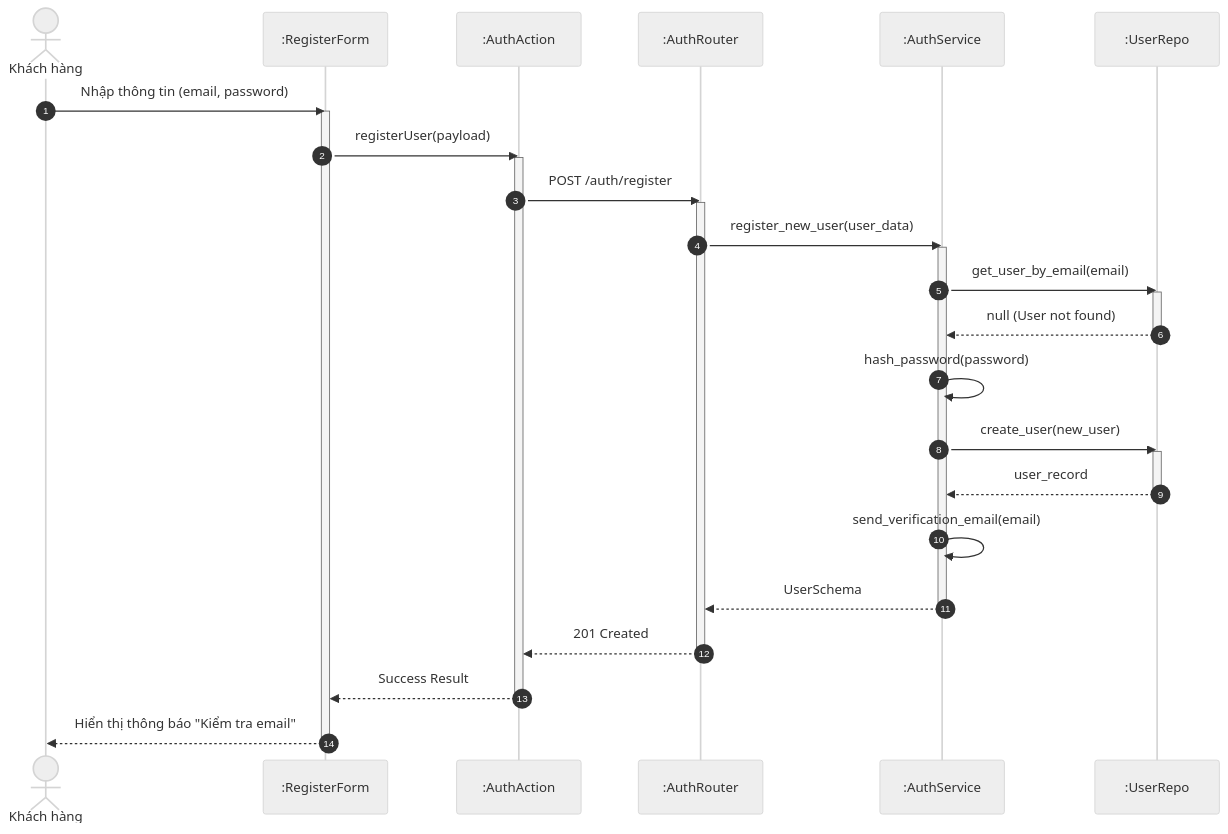
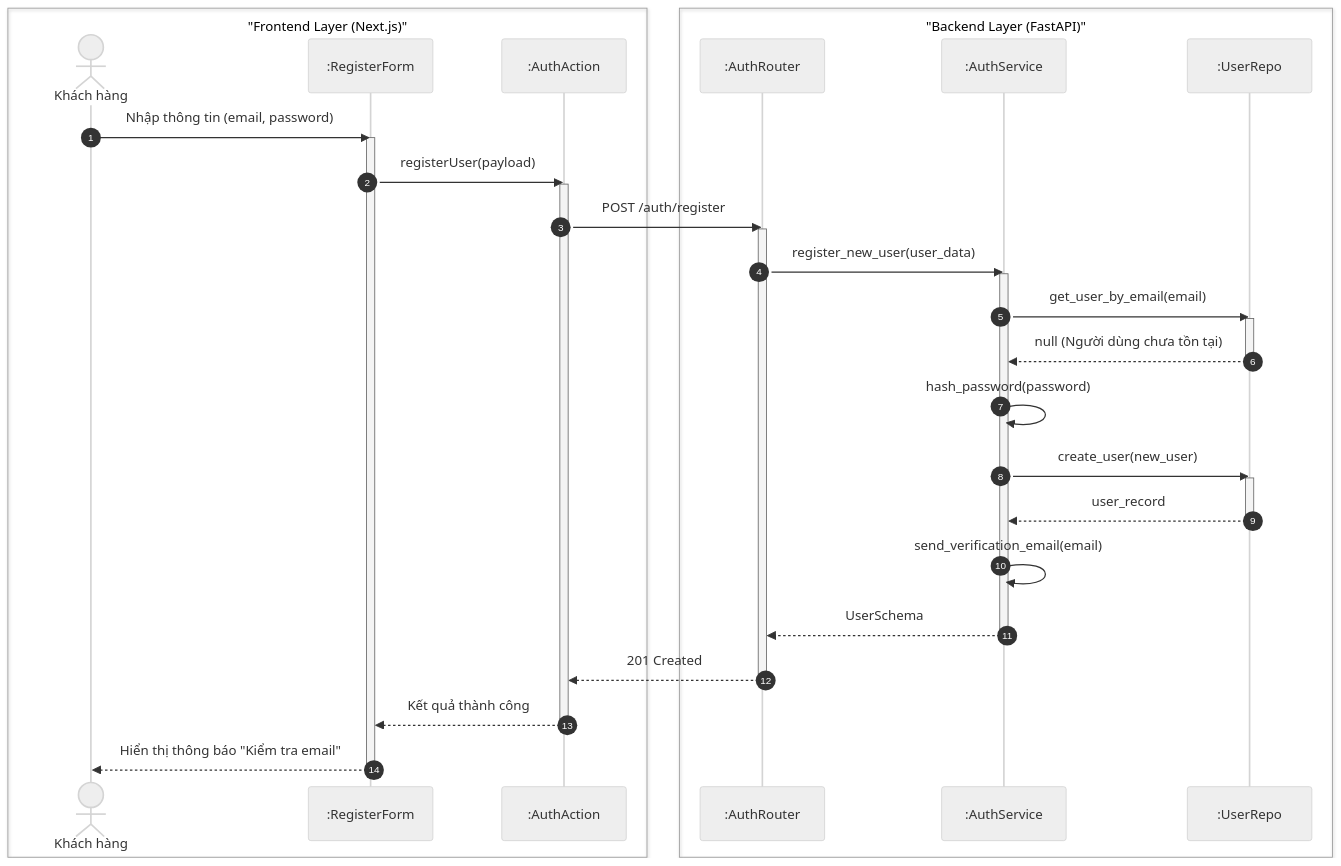
Before and after one commit to ngoctinn/Synapse: the first of 8 diagrams in docs/design/sequences/authentication.md, drawn with Mermaid (neutral theme). The commit also changed other lines of this file and 4 other files, not shown here.

Commit message:
docs: Add initial sequence diagrams for authentication, customer, technician, receptionist, and admin flows.

````diff
--- a/docs/design/sequences/authentication.md
+++ b/docs/design/sequences/authentication.md
@@ -28,47 +28,52 @@
 ```mermaid
 sequenceDiagram
     autonumber
-    actor KH as Khách hàng
-    participant UI as :RegisterForm
-    participant BFF as :AuthAction
-    participant API as :AuthRouter
-    participant S as :AuthService
-    participant DB as :UserRepo
+    box "Frontend Layer (Next.js)"
+        actor KH as Khách hàng
+        participant UI as :RegisterForm
+        participant BFF as :AuthAction
+    end
+
+    box "Backend Layer (FastAPI)"
+        participant API as :AuthRouter
+        participant S as :AuthService
+        participant DB as :UserRepo
+    end
 
     KH->>UI: Nhập thông tin (email, password)
     activate UI
     UI->>BFF: registerUser(payload)
     activate BFF
 
     BFF->>API: POST /auth/register
     activate API
 
     API->>S: register_new_user(user_data)
     activate S
 
     S->>DB: get_user_by_email(email)
     activate DB
-    DB-->>S: null (User not found)
+    DB-->>S: null (Người dùng chưa tồn tại)
     deactivate DB
 
     S->>S: hash_password(password)
 
     S->>DB: create_user(new_user)
     activate DB
     DB-->>S: user_record
     deactivate DB
 
     S->>S: send_verification_email(email)
 
     S-->>API: UserSchema
     deactivate S
 
     API-->>BFF: 201 Created
     deactivate API
 
-    BFF-->>UI: Success Result
+    BFF-->>UI: Kết quả thành công
     deactivate BFF
 
     UI-->>KH: Hiển thị thông báo "Kiểm tra email"
     deactivate UI
 ```
````
